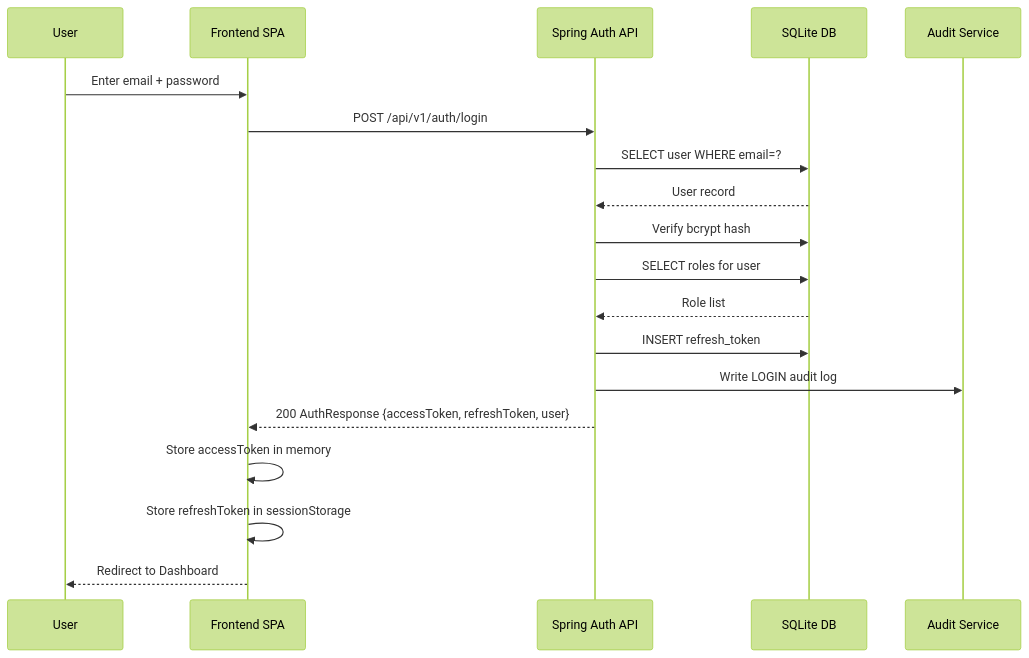
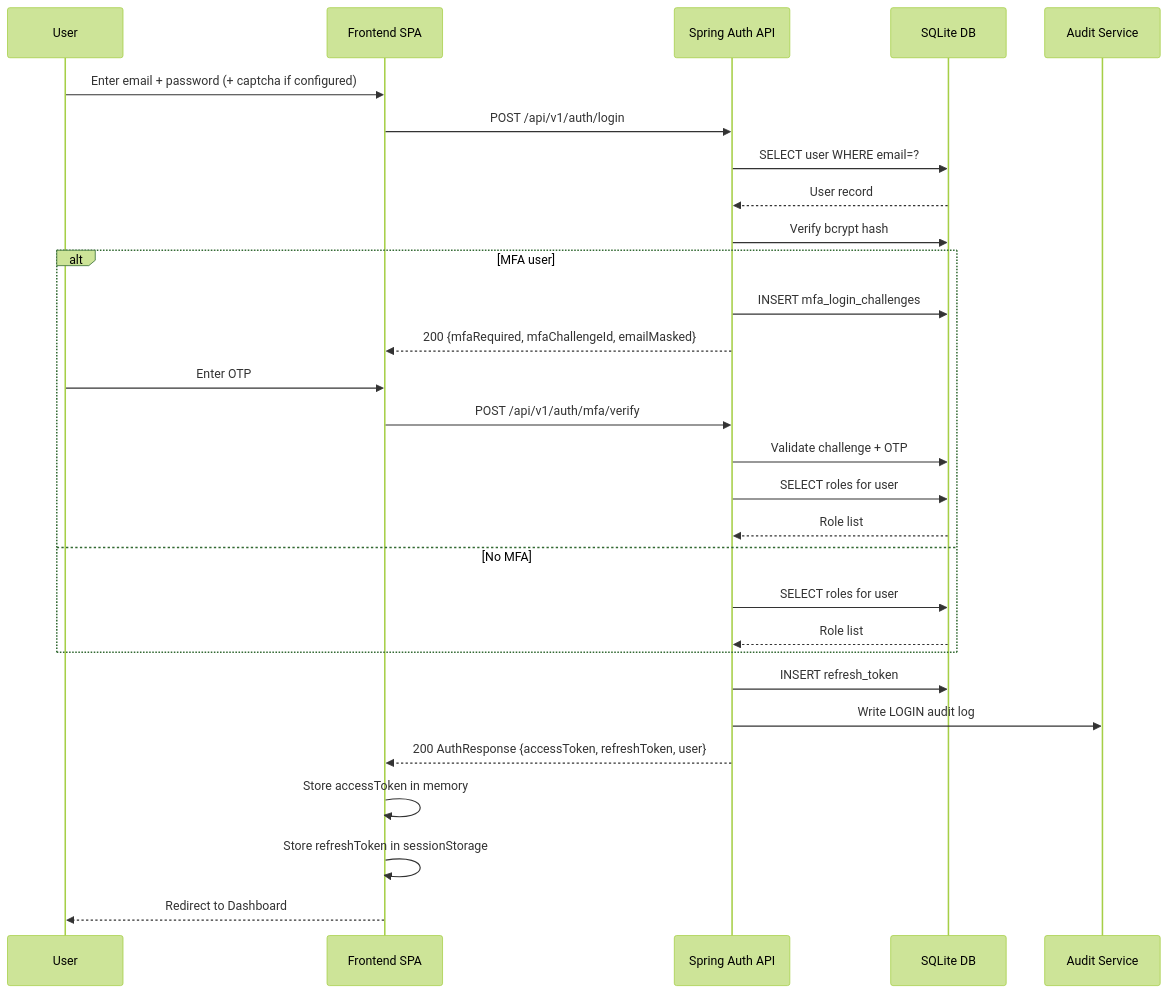
Before and after one commit to ashutoshbelulkar-coder/credit-harmony: the second of 3 diagrams in docs/User stories/EPIC-01-Authentication-Session.md, drawn with Mermaid (forest theme). The commit also changed other lines of this file and 61 other files, not shown here.

First line of the commit message:
feat: MFA login flow, Turnstile captcha, institution reg number generator, auth-login types, and supporting docs/config updates

````diff
--- a/docs/User stories/EPIC-01-Authentication-Session.md
+++ b/docs/User stories/EPIC-01-Authentication-Session.md
@@ -349,22 +374,32 @@
 ```mermaid
 sequenceDiagram
     participant U as User
     participant FE as Frontend SPA
     participant API as Spring Auth API
     participant DB as SQLite DB
     participant AUD as Audit Service
 
-    U->>FE: Enter email + password
+    U->>FE: Enter email + password (+ captcha if configured)
     FE->>API: POST /api/v1/auth/login
     API->>DB: SELECT user WHERE email=?
     DB-->>API: User record
     API->>DB: Verify bcrypt hash
-    API->>DB: SELECT roles for user
-    DB-->>API: Role list
+    alt MFA user
+        API->>DB: INSERT mfa_login_challenges
+        API-->>FE: 200 {mfaRequired, mfaChallengeId, emailMasked}
+        U->>FE: Enter OTP
+        FE->>API: POST /api/v1/auth/mfa/verify
+        API->>DB: Validate challenge + OTP
+        API->>DB: SELECT roles for user
+        DB-->>API: Role list
+    else No MFA
+        API->>DB: SELECT roles for user
+        DB-->>API: Role list
+    end
     API->>DB: INSERT refresh_token
     API->>AUD: Write LOGIN audit log
     API-->>FE: 200 AuthResponse {accessToken, refreshToken, user}
     FE->>FE: Store accessToken in memory
     FE->>FE: Store refreshToken in sessionStorage
     FE-->>U: Redirect to Dashboard
 ```
````
